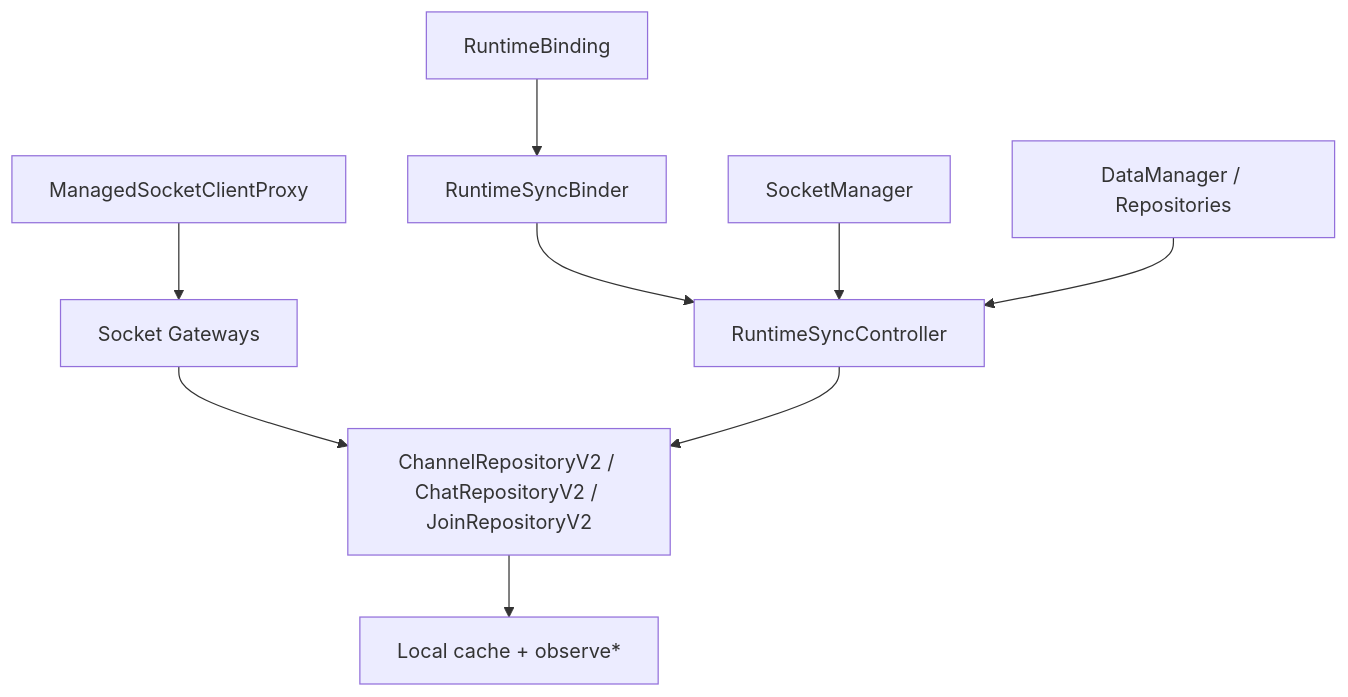
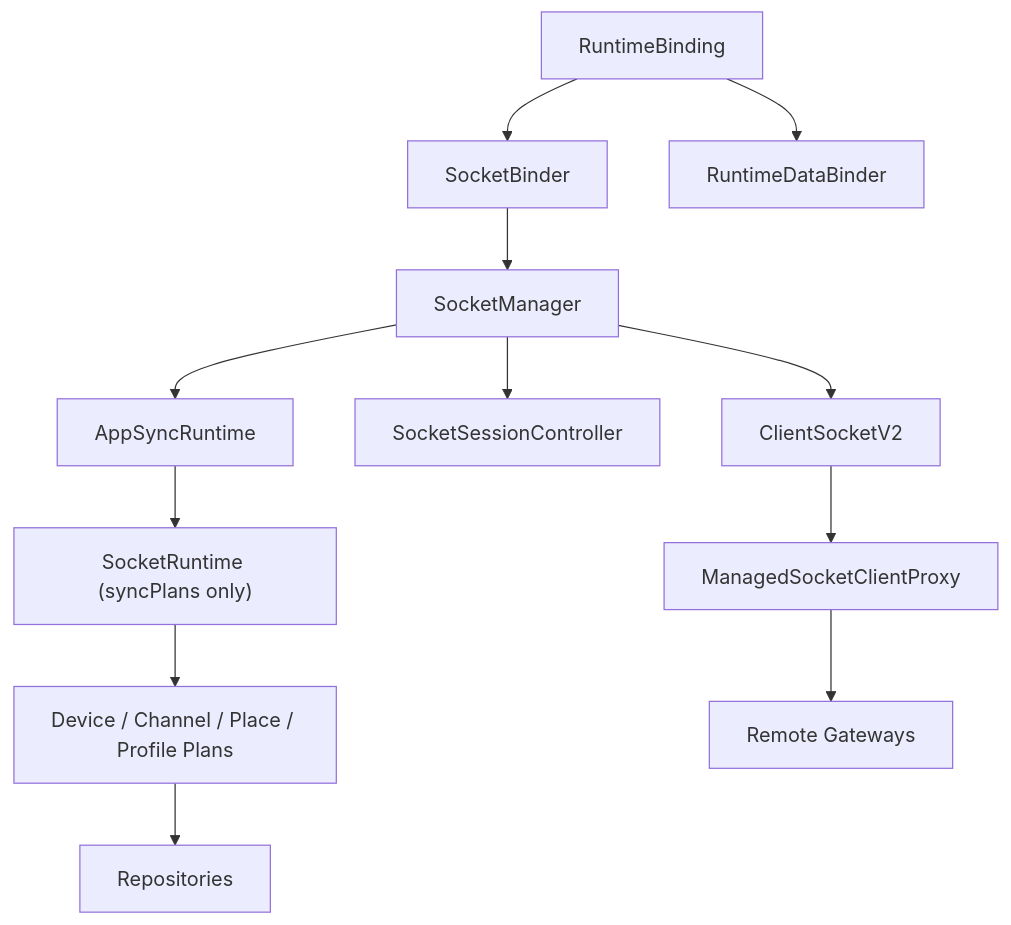
Before and after one commit to lemoncloud-io/dou-app: the diagram in libs/app-runtime/docs/sync/README.md, drawn with Mermaid. The commit also changed other lines of this file and 5 other files, not shown here.

First line of the commit message:
feat: remove unused sync runtime and binders

````diff
--- a/libs/app-runtime/docs/sync/README.md
+++ b/libs/app-runtime/docs/sync/README.md
@@ -113,12 +97,16 @@
 ```mermaid
 flowchart TD
-  Binding["RuntimeBinding"] --> SyncBinder["RuntimeSyncBinder"]
-  SyncBinder --> SyncRuntime["RuntimeSyncController"]
+  Binding["RuntimeBinding"] --> SocketBinder["SocketBinder"]
+  Binding --> DataBinder["RuntimeDataBinder"]
 
-  SocketManager["SocketManager"] --> SyncRuntime
-  DataRuntime["DataManager / Repositories"] --> SyncRuntime
-  Proxy["ManagedSocketClientProxy"] --> Gateways["Socket Gateways"]
-  Gateways --> Repos["ChannelRepositoryV2 / ChatRepositoryV2 / JoinRepositoryV2"]
-  Repos --> Local["Local cache + observe*"]
-  SyncRuntime --> Repos
+  SocketBinder --> SocketManager["SocketManager"]
+  SocketManager --> Client["ClientSocketV2"]
+  SocketManager --> SessionCtrl["SocketSessionController"]
+  SocketManager --> AppSyncRuntime["AppSyncRuntime"]
+
+  AppSyncRuntime --> SyncRuntime["SocketRuntime (syncPlans only)"]
+  SyncRuntime --> Plans["Device / Channel / Place / Profile Plans"]
+  Plans --> Repos["Repositories"]
+  Client --> Proxy["ManagedSocketClientProxy"]
+  Proxy --> Gateways["Remote Gateways"]
 ```
````
